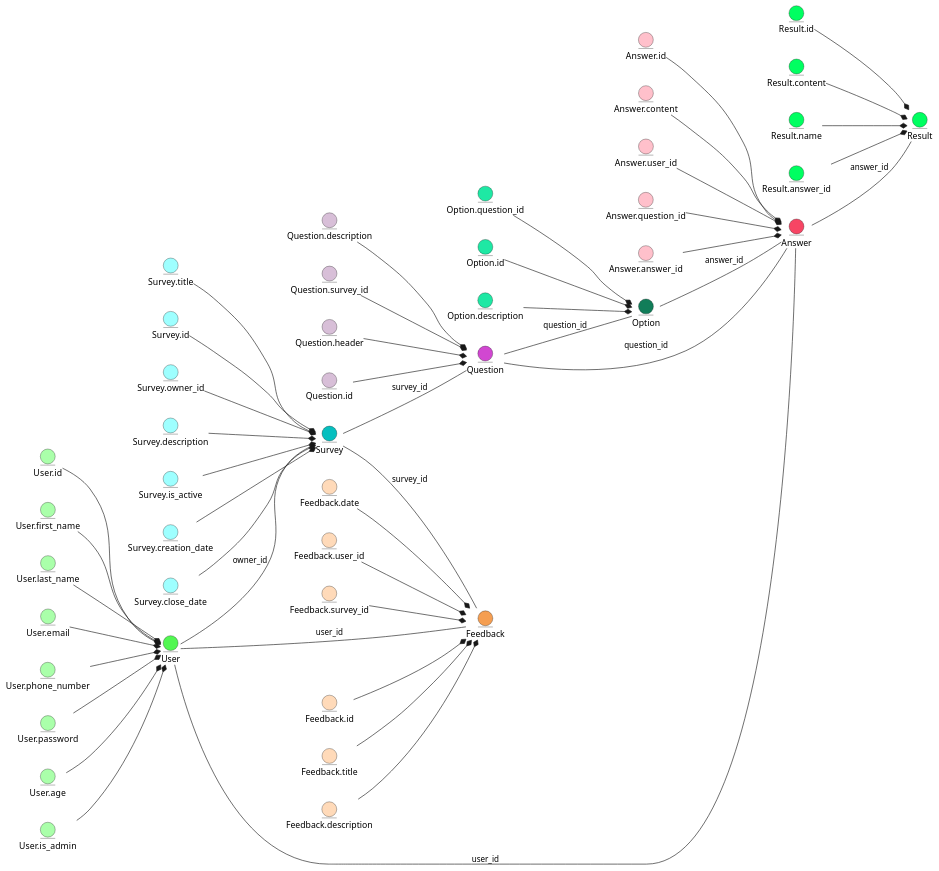
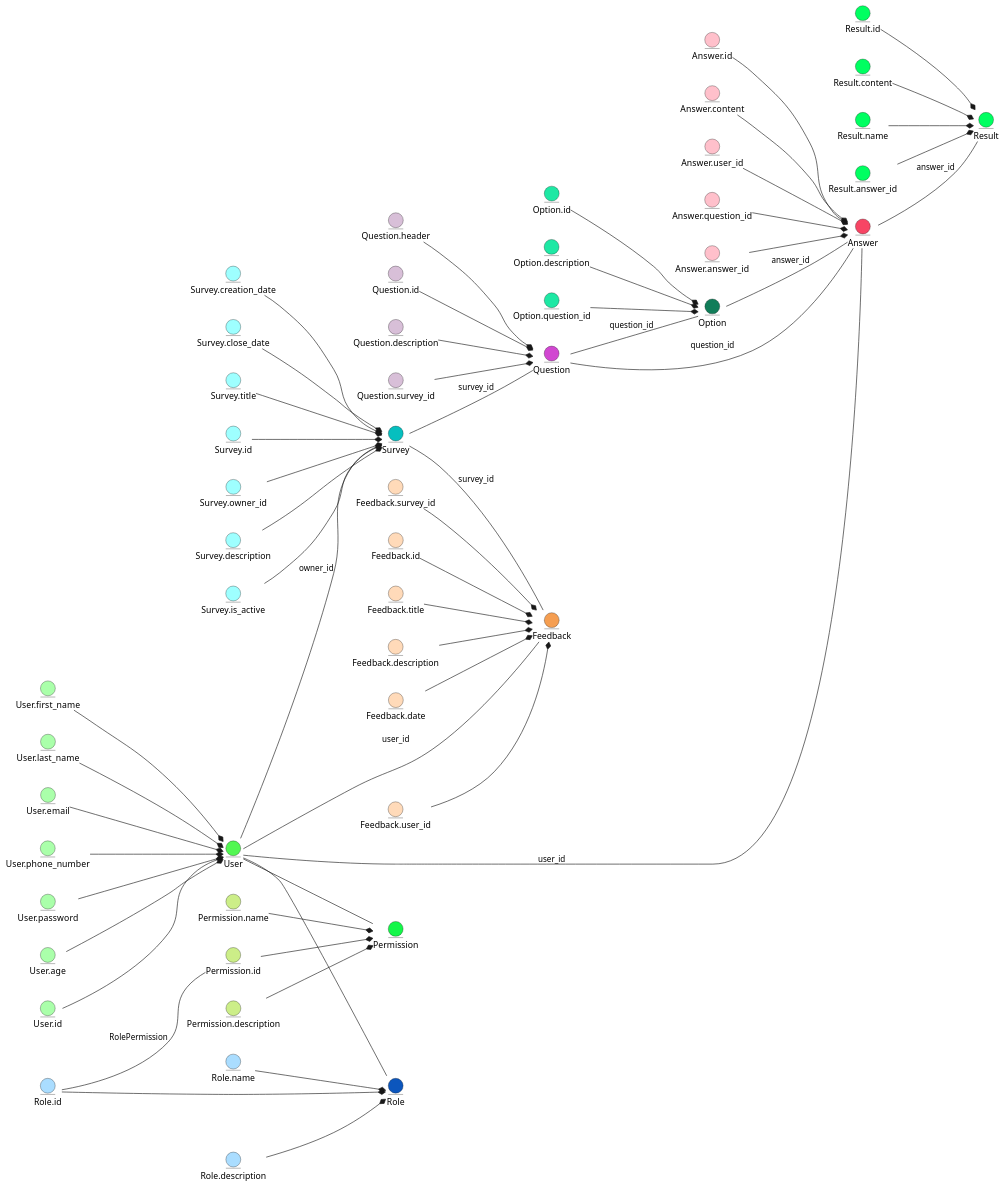
The first of 2 diagrams in docs/design/README.md (sunnytea0/db_labs_my), drawn with PlantUML before and after one commit.

Commit message:
#46 edit README.md
Added Role/Permission parts

```diff
--- a/docs/design/README.md
+++ b/docs/design/README.md
@@ -27,7 +27,6 @@
 entity User.phone_number #aaffaa
 entity User.password #aaffaa
 entity User.age #aaffaa
-entity User.is_admin #aaffaa
 
 User.id -d-* User
 User.first_name -d-* User
@@ -36,7 +35,6 @@
 User.phone_number -d-* User
 User.password -d-* User
 User.age -d-* User
-User.is_admin -d-* User
 
 entity Answer #f74564
 entity Answer.id #FFC0CB
@@ -114,6 +112,24 @@
 Survey.close_date -d-* Survey
 Survey.title -d-* Survey
 
+entity Role #0c56bd
+entity Role.id #aaddff
+entity Role.name #aaddff
+entity Role.description #aaddff
+
+Role.id -d-* Role
+Role.name -d-* Role
+Role.description -d-* Role
+
+entity Permission #14f749
+entity Permission.id #ccee88
+entity Permission.name #ccee88
+entity Permission.description #ccee88
+
+Permission.id -d-* Permission
+Permission.name -d-* Permission
+Permission.description -d-* Permission
+
 User -- Answer : user_id
 User -- Feedback : user_id
 User -- Survey : owner_id
@@ -123,5 +139,8 @@
 Answer -- Result : answer_id
 Survey -- Question : survey_id
 Survey -- Feedback : survey_id
+User -- Role
+User -- Permission
+Role.id -- Permission.id : RolePermission
 
 @enduml
```
